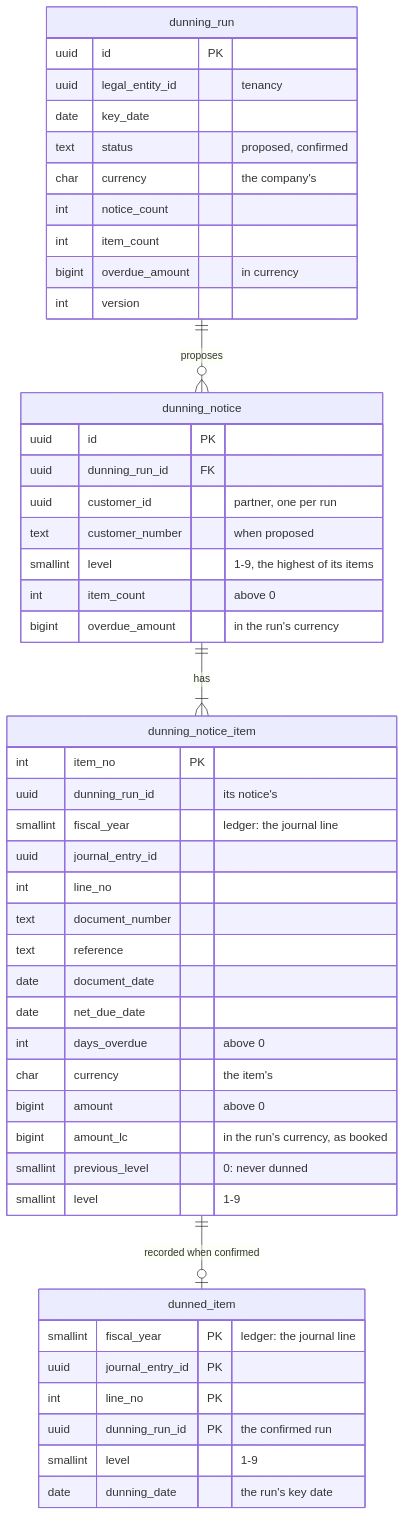
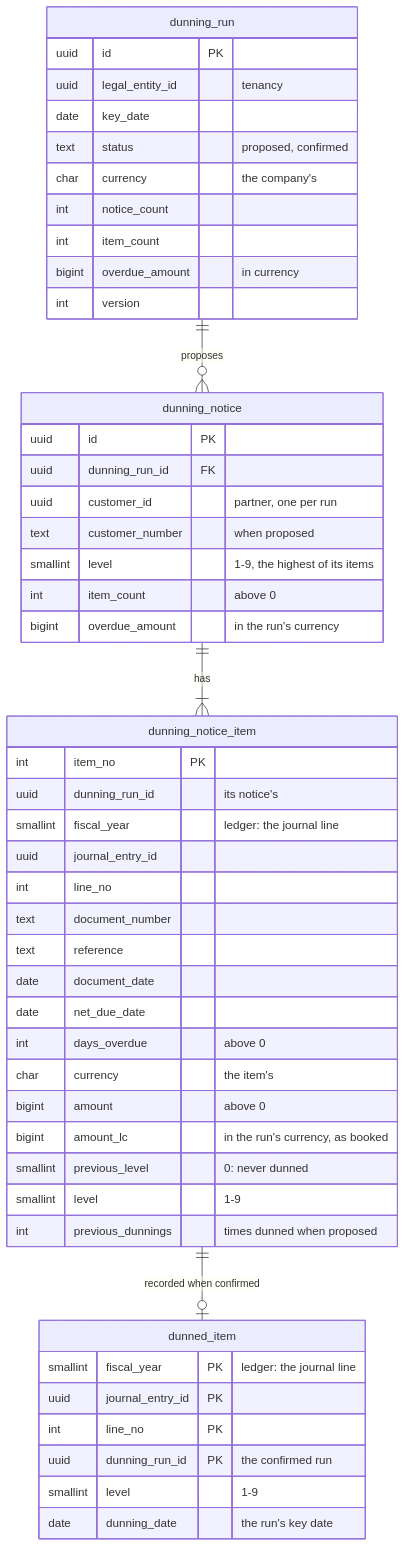
One commit to mustie7iy/agentic-erp changed diagram 15 of 15 in docs/design/03-data-model.md. Above: the diagram before and after it, drawn with Mermaid. The commit also changed other lines of this file and 8 other files, not shown here.

````diff
--- a/docs/design/03-data-model.md
+++ b/docs/design/03-data-model.md
@@ -4081,43 +4081,44 @@
 ```mermaid
 erDiagram
   dunning_run ||--o{ dunning_notice : "proposes"
   dunning_notice ||--|{ dunning_notice_item : "has"
   dunning_notice_item ||--o| dunned_item : "recorded when confirmed"
   dunning_run { uuid id PK
     uuid legal_entity_id "tenancy"
     date key_date
     text status "proposed, confirmed"
     char currency "the company's"
     int notice_count
     int item_count
     bigint overdue_amount "in currency"
     int version }
   dunning_notice { uuid id PK
     uuid dunning_run_id FK
     uuid customer_id "partner, one per run"
     text customer_number "when proposed"
     smallint level "1-9, the highest of its items"
     int item_count "above 0"
     bigint overdue_amount "in the run's currency" }
   dunning_notice_item { int item_no PK
     uuid dunning_run_id "its notice's"
     smallint fiscal_year "ledger: the journal line"
     uuid journal_entry_id
     int line_no
     text document_number
     text reference
     date document_date
     date net_due_date
     int days_overdue "above 0"
     char currency "the item's"
     bigint amount "above 0"
     bigint amount_lc "in the run's currency, as booked"
     smallint previous_level "0: never dunned"
-    smallint level "1-9" }
+    smallint level "1-9"
+    int previous_dunnings "times dunned when proposed" }
   dunned_item { smallint fiscal_year PK "ledger: the journal line"
     uuid journal_entry_id PK
     int line_no PK
     uuid dunning_run_id PK "the confirmed run"
     smallint level "1-9"
     date dunning_date "the run's key date" }
 ```
````
